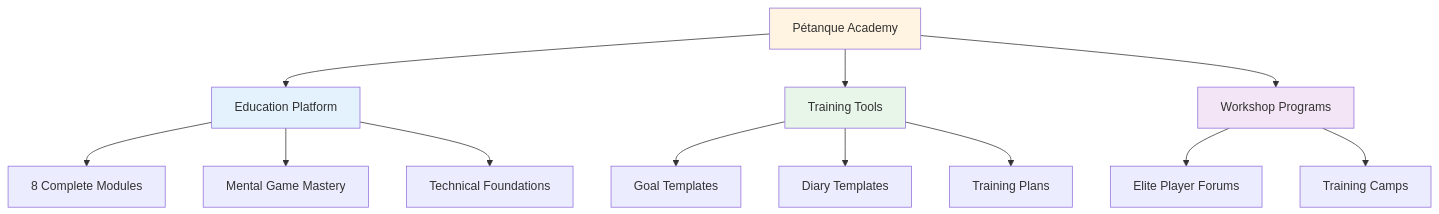
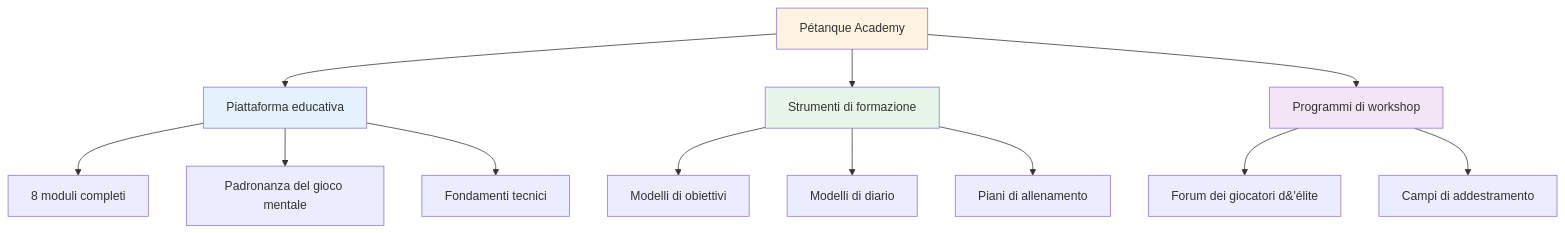
One commit to patwii/petanque-academy changed the first of 2 diagrams in docs/it/news/index.md. Above: the diagram before and after it, drawn with Mermaid. The commit also changed other lines of this file and 532 other files, not shown here.

````diff
--- a/docs/it/news/index.md
+++ b/docs/it/news/index.md
@@ -13,22 +13,22 @@
 ```mermaid
 graph TD
-    A[Pétanque Academy] --> B[Education Platform]
-    A --> C[Training Tools]
-    A --> D[Workshop Programs]
+    A[Pétanque Academy] --> B[Piattaforma educativa]
+    A --> C[Strumenti di formazione]
+    A --> D[Programmi di workshop]
 
-    B --> E[8 Complete Modules]
-    B --> F[Mental Game Mastery]
-    B --> G[Technical Foundations]
+    B --> E[8 moduli completi]
+    B --> F[Padronanza del gioco mentale]
+    B --> G[Fondamenti tecnici]
 
-    C --> H[Goal Templates]
-    C --> I[Diary Templates]
-    C --> J[Training Plans]
+    C --> H[Modelli di obiettivi]
+    C --> I[Modelli di diario]
+    C --> J[Piani di allenamento]
 
-    D --> K[Elite Player Forums]
-    D --> L[Training Camps]
+    D --> K[Forum dei giocatori d&#39;élite]
+    D --> L[Campi di addestramento]
 
     style A fill:#fff4e1
     style B fill:#e3f2fd
     style C fill:#e8f5e9
     style D fill:#f3e5f5
 ```
````
